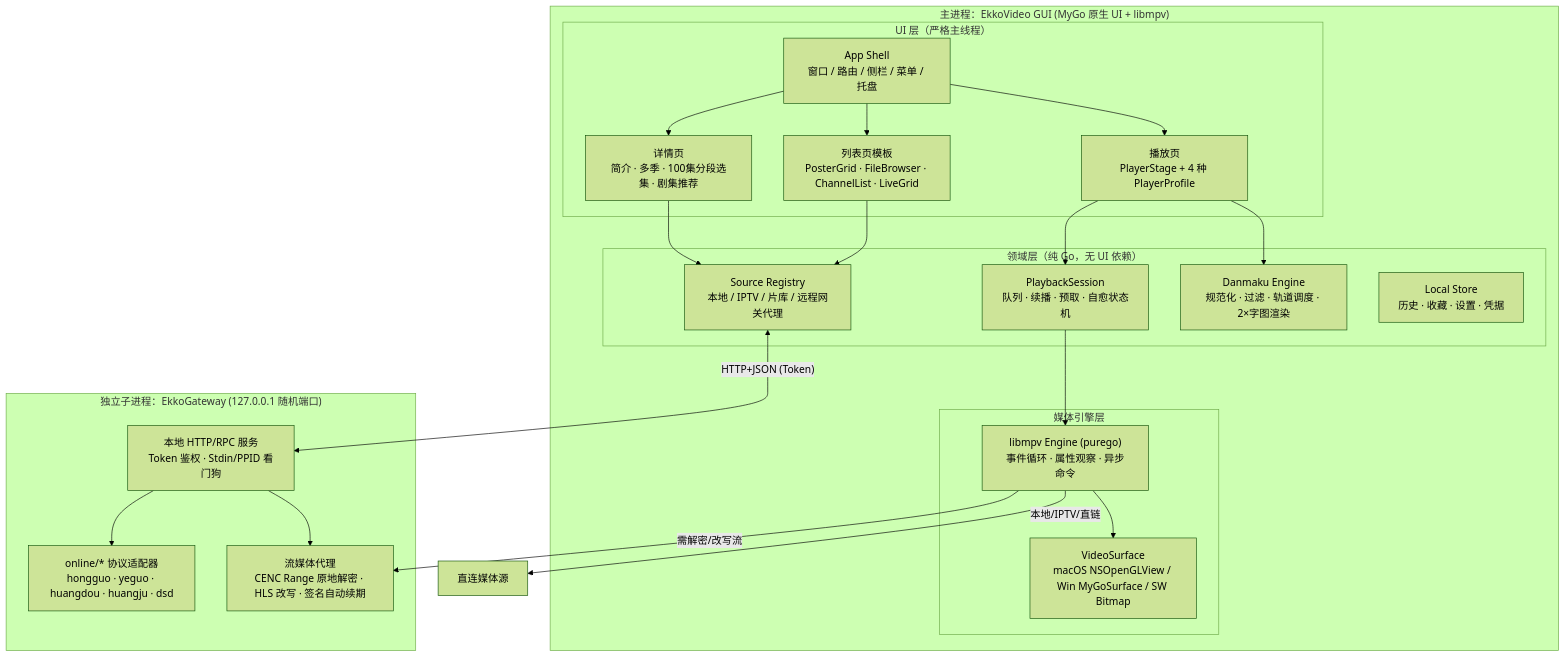
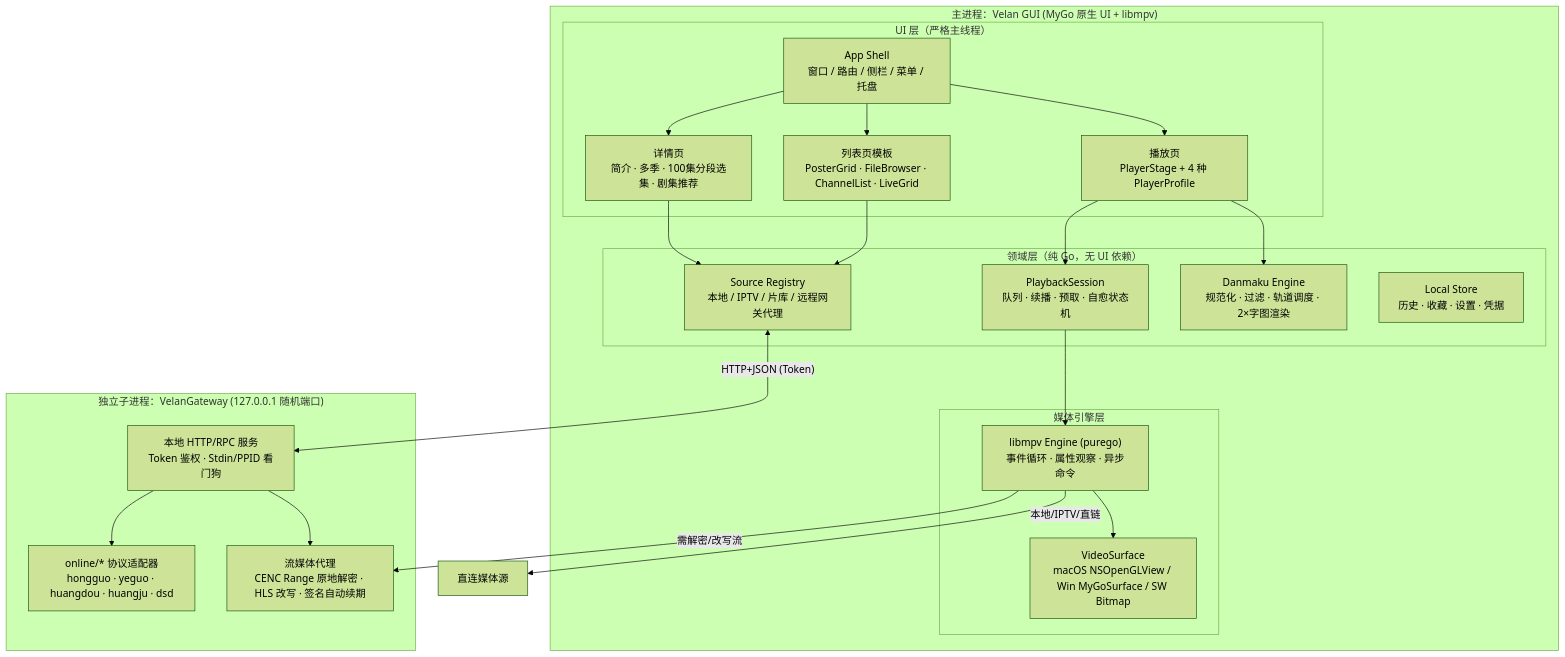
Before and after one commit to xiangkunzhang/EkkoVideo: the diagram in docs/ARCHITECTURE.md, drawn with Mermaid (forest theme). The commit also changed other lines of this file and 84 other files, not shown here.

````diff
--- a/docs/ARCHITECTURE.md
+++ b/docs/ARCHITECTURE.md
@@ -22,38 +22,38 @@
 ```mermaid
 flowchart TB
-    subgraph MainProc["主进程：EkkoVideo GUI (MyGo 原生 UI + libmpv)"]
+    subgraph MainProc["主进程：Velan GUI (MyGo 原生 UI + libmpv)"]
         subgraph UI["UI 层（严格主线程）"]
             Shell["App Shell<br/>窗口 / 路由 / 侧栏 / 菜单 / 托盘"]
             ListPages["列表页模板<br/>PosterGrid · FileBrowser · ChannelList · LiveGrid"]
             DetailPage["详情页<br/>简介 · 多季 · 100集分段选集 · 剧集推荐"]
             PlayerUI["播放页<br/>PlayerStage + 4 种 PlayerProfile"]
         end
 
         subgraph Core["领域层（纯 Go，无 UI 依赖）"]
             Registry["Source Registry<br/>本地 / IPTV / 片库 / 远程网关代理"]
             Session["PlaybackSession<br/>队列 · 续播 · 预取 · 自愈状态机"]
             Danmaku["Danmaku Engine<br/>规范化 · 过滤 · 轨道调度 · 2×字图渲染"]
             Library["Local Store<br/>历史 · 收藏 · 设置 · 凭据"]
         end
 
         subgraph Engine["媒体引擎层"]
             MPV["libmpv Engine (purego)<br/>事件循环 · 属性观察 · 异步命令"]
             Surface["VideoSurface<br/>macOS NSOpenGLView / Win MyGoSurface / SW Bitmap"]
         end
     end
 
-    subgraph SubProc["独立子进程：EkkoGateway (127.0.0.1 随机端口)"]
+    subgraph SubProc["独立子进程：VelanGateway (127.0.0.1 随机端口)"]
         GWServer["本地 HTTP/RPC 服务<br/>Token 鉴权 · Stdin/PPID 看门狗"]
         Online["online/* 协议适配器<br/>hongguo · yeguo · huangdou · huangju · dsd"]
         StreamProxy["流媒体代理<br/>CENC Range 原地解密 · HLS 改写 · 签名自动续期"]
     end
 
     Shell --> ListPages & DetailPage & PlayerUI
     ListPages & DetailPage --> Registry
     PlayerUI --> Session --> MPV --> Surface
     PlayerUI --> Danmaku
     Registry <-->|"HTTP+JSON (Token)"| GWServer
     GWServer --> Online & StreamProxy
     MPV -->|"需解密/改写流"| StreamProxy
     MPV -->|"本地/IPTV/直链"| Direct["直连媒体源"]
 ```
````
